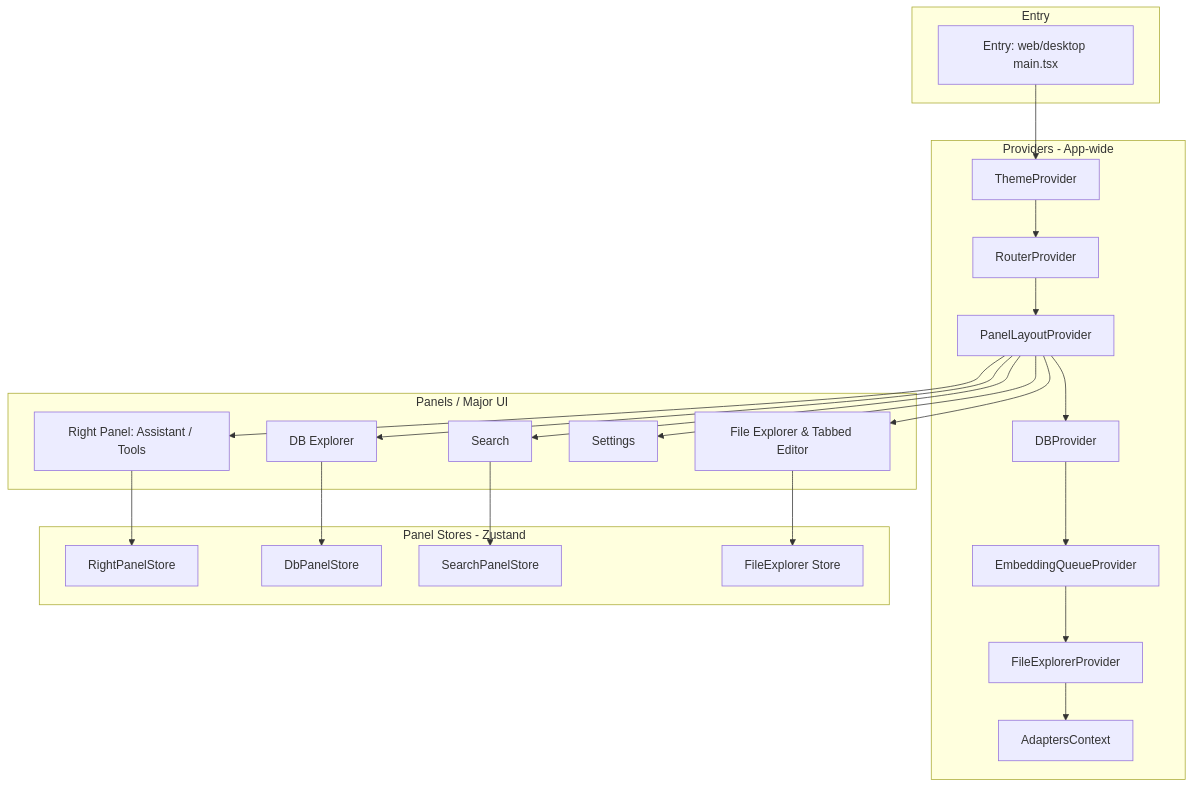
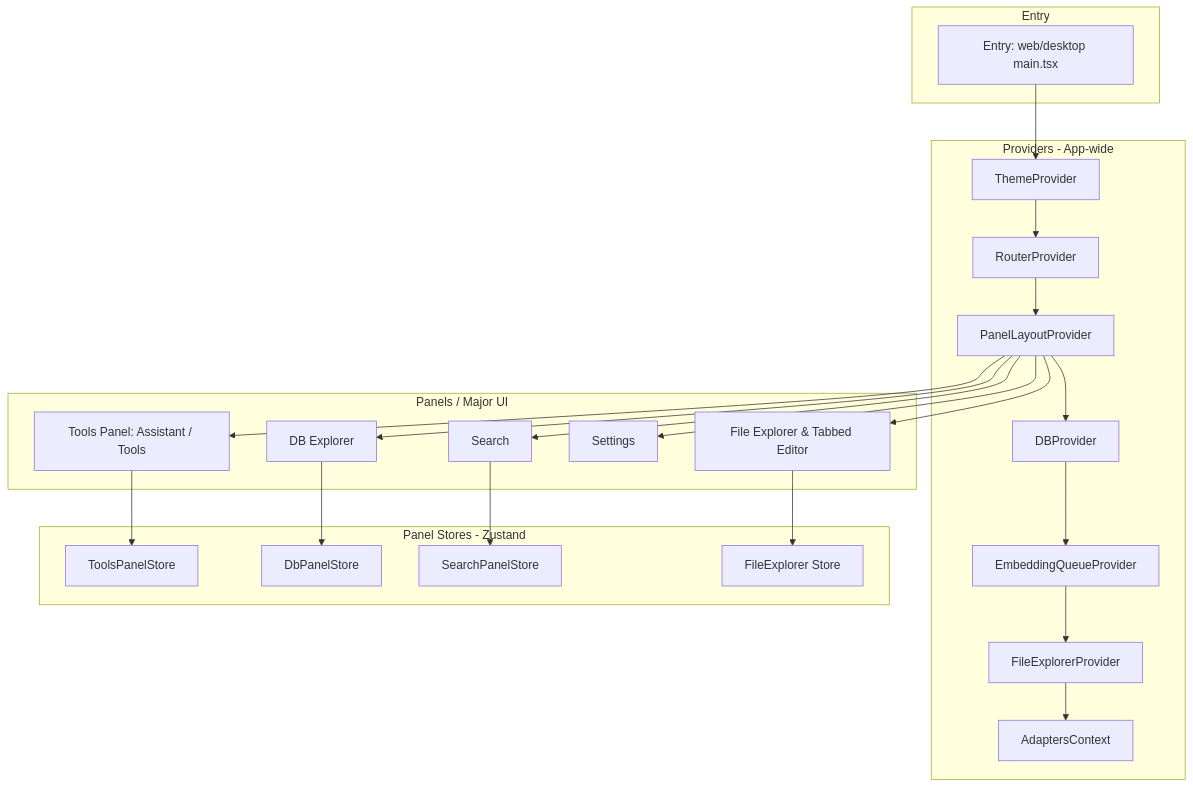
One commit to seandearnaley/brainstrike changed the second of 4 diagrams in docs/brainstrike-frontend-architecture.md. Above: the diagram before and after it, drawn with Mermaid. The commit also changed other lines of this file and 41 other files, not shown here.

````diff
--- a/docs/brainstrike-frontend-architecture.md
+++ b/docs/brainstrike-frontend-architecture.md
@@ -56,38 +56,38 @@
 ```mermaid
 flowchart TD
   subgraph Entry
     A["Entry: web/desktop main.tsx"]
   end
 
   subgraph Providers["Providers - App-wide"]
     T["ThemeProvider"]
     R["RouterProvider"]
     P["PanelLayoutProvider"]
     DB["DBProvider"]
     VQ["EmbeddingQueueProvider"]
     FE["FileExplorerProvider"]
     AD["AdaptersContext"]
   end
 
   subgraph PanelStores["Panel Stores - Zustand"]
-    RS["RightPanelStore"]
+    RS["ToolsPanelStore"]
     DS["DbPanelStore"]
     SS["SearchPanelStore"]
     FES["FileExplorer Store"]
   end
 
   subgraph Panels["Panels / Major UI"]
-    RP["Right Panel: Assistant / Tools"]
+    RP["Tools Panel: Assistant / Tools"]
     DBX["DB Explorer"]
     FX["File Explorer & Tabbed Editor"]
     ST["Settings"]
     SR["Search"]
   end
 
   A --> T --> R --> P --> DB --> VQ --> FE --> AD
   P --> RP & DBX & FX & ST & SR
   RP --> RS
   DBX --> DS
   SR --> SS
   FX --> FES
 ```
````
